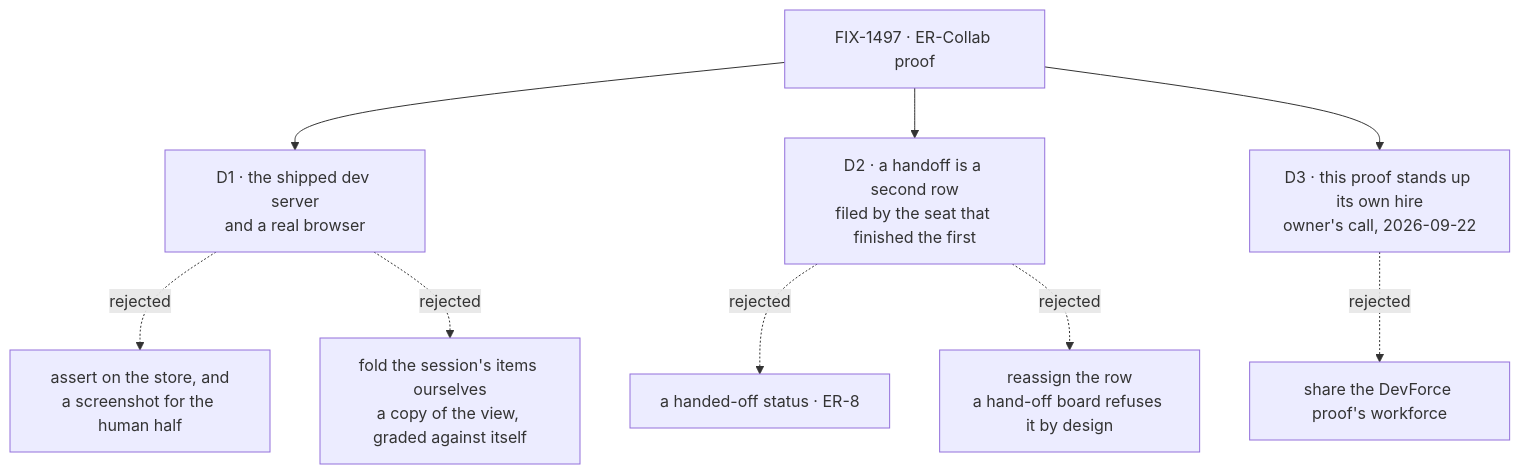
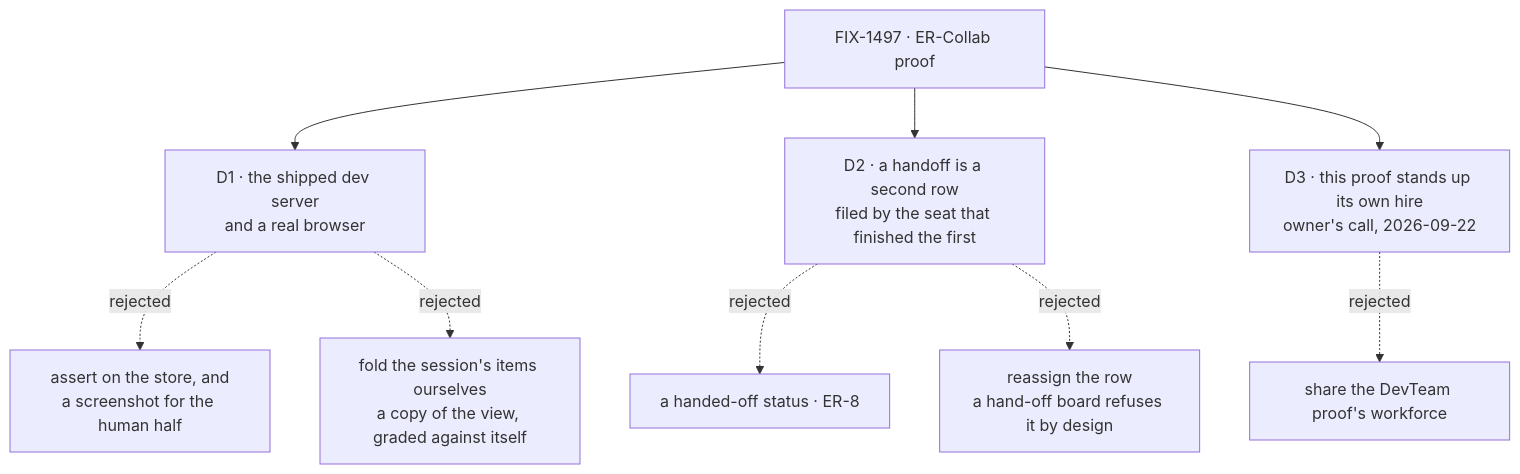
The diagram in specs/issues/FIX-1497/DECISIONS.md (fixpoint-labs/flow-state-dev), drawn with Mermaid before and after one commit. The commit also changed other lines of this file and 383 other files, not shown here.

````diff
--- a/specs/issues/FIX-1497/DECISIONS.md
+++ b/specs/issues/FIX-1497/DECISIONS.md
@@ -10,11 +10,11 @@
 ```mermaid
 flowchart TD
   I["FIX-1497 · ER-Collab proof"] --> D1["D1 · the shipped dev server<br/>and a real browser"]
   D1 -.->|"rejected"| X1["assert on the store, and<br/>a screenshot for the human half"]
   D1 -.->|"rejected"| X2["fold the session's items ourselves<br/>a copy of the view, graded against itself"]
   I --> D2["D2 · a handoff is a second row<br/>filed by the seat that finished the first"]
   D2 -.->|"rejected"| X3["a handed-off status · ER-8"]
   D2 -.->|"rejected"| X4["reassign the row<br/>a hand-off board refuses it by design"]
   I --> D3["D3 · this proof stands up its own hire<br/>owner's call, 2026-09-22"]
-  D3 -.->|"rejected"| X5["share the DevForce proof's workforce"]
+  D3 -.->|"rejected"| X5["share the DevTeam proof's workforce"]
 ```
````
